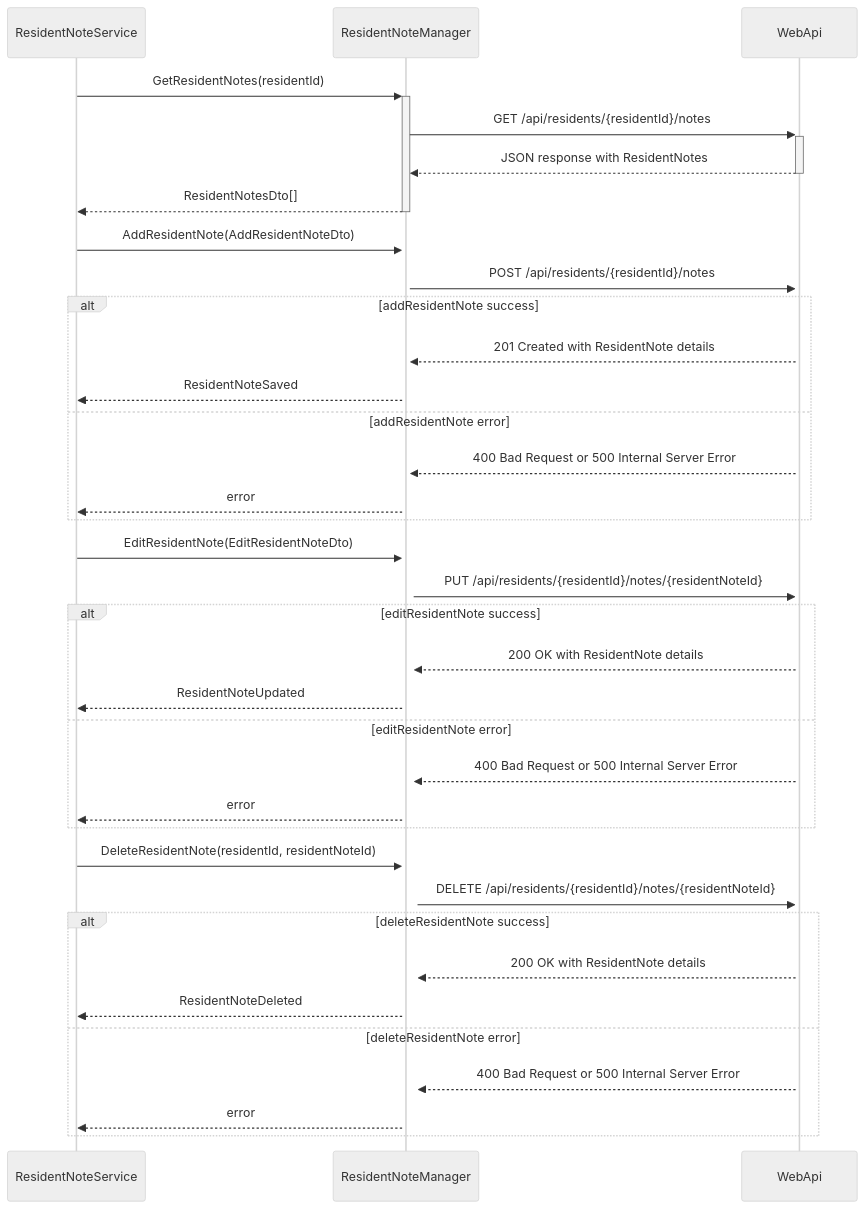
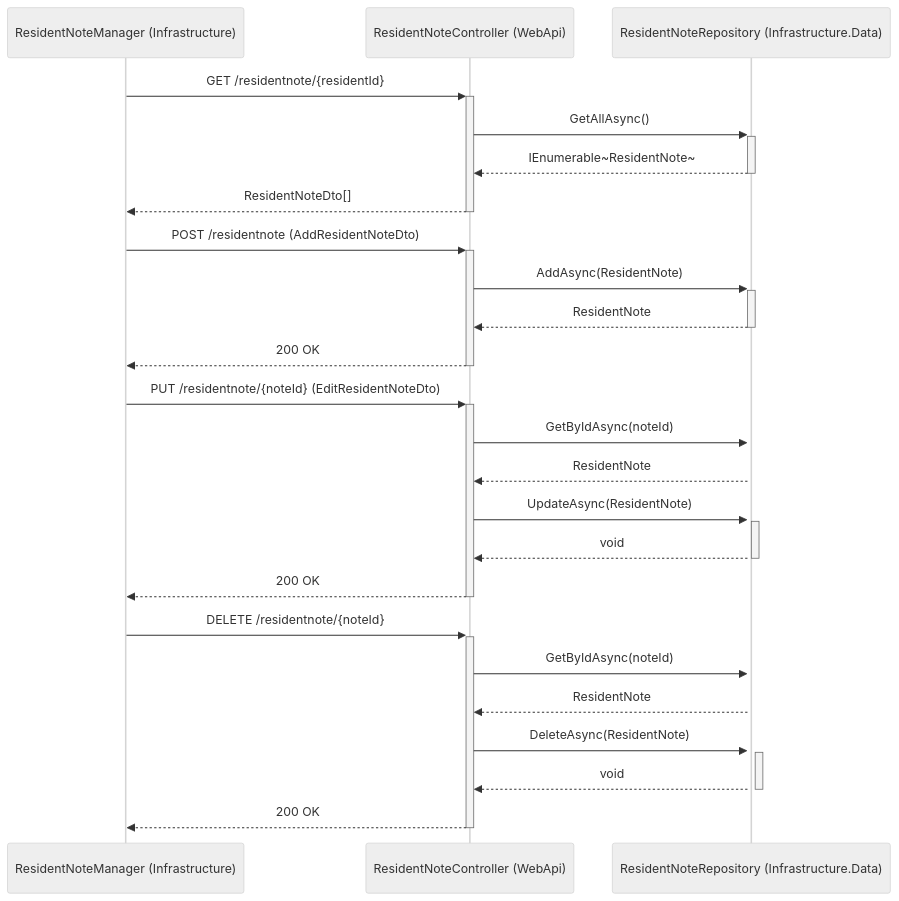
Before and after one commit to DMOoF25-Team6/Slottets-Drifttavlen: the third of 3 diagrams in docs/use-cases/uc-002-dashBoard-residentNote/uc-002.sd.0004.md, drawn with Mermaid (neutral theme). The commit also changed other lines of this file and 1 other file, not shown here.

First line of the commit message:
docs: UC002 - sync SD and DCD with implemented architecture

````diff
--- a/docs/use-cases/uc-002-dashBoard-residentNote/uc-002.sd.0004.md
+++ b/docs/use-cases/uc-002-dashBoard-residentNote/uc-002.sd.0004.md
@@ -96,41 +68,30 @@
 ```mermaid
 sequenceDiagram
-    participant ResidentNoteService as ResidentNoteService
-    participant ResidentNoteManager as ResidentNoteManager
-    participant WebApi as WebApi
+    participant ResidentNoteManager as ResidentNoteManager (Infrastructure)
+    participant WebApi as ResidentNoteController (WebApi)
+    participant Repository as ResidentNoteRepository (Infrastructure.Data)
 
-    ResidentNoteService->>+ResidentNoteManager: GetResidentNotes(residentId)
-    ResidentNoteManager->>+WebApi: GET /api/residents/{residentId}/notes
-    WebApi-->>-ResidentNoteManager: JSON response with ResidentNotes
-    ResidentNoteManager-->>-ResidentNoteService: ResidentNotesDto[]
+    ResidentNoteManager->>+WebApi: GET /residentnote/{residentId}
+    WebApi->>+Repository: GetAllAsync()
+    Repository-->>-WebApi: IEnumerable~ResidentNote~
+    WebApi-->>-ResidentNoteManager: ResidentNoteDto[]
 
-    ResidentNoteService->>+ResidentNoteManager: AddResidentNote(AddResidentNoteDto)
-    ResidentNoteManager->>+WebApi: POST /api/residents/{residentId}/notes
-    alt addResidentNote success
-        WebApi-->>ResidentNoteManager: 201 Created with ResidentNote details
-        ResidentNoteManager-->>ResidentNoteService: ResidentNoteSaved
-    else addResidentNote error
-        WebApi-->>ResidentNoteManager: 400 Bad Request or 500 Internal Server Error
-        ResidentNoteManager-->>ResidentNoteService: error
-    end
+    ResidentNoteManager->>+WebApi: POST /residentnote (AddResidentNoteDto)
+    WebApi->>+Repository: AddAsync(ResidentNote)
+    Repository-->>-WebApi: ResidentNote
+    WebApi-->>-ResidentNoteManager: 200 OK
 
-    ResidentNoteService->>+ResidentNoteManager: EditResidentNote(EditResidentNoteDto)
-    ResidentNoteManager->>+WebApi: PUT /api/residents/{residentId}/notes/{residentNoteId}
-    alt editResidentNote success
-        WebApi-->>ResidentNoteManager: 200 OK with ResidentNote details
-        ResidentNoteManager-->>ResidentNoteService: ResidentNoteUpdated
-    else editResidentNote error
-        WebApi-->>ResidentNoteManager: 400 Bad Request or 500 Internal Server Error
-        ResidentNoteManager-->>ResidentNoteService: error
-    end
+    ResidentNoteManager->>+WebApi: PUT /residentnote/{noteId} (EditResidentNoteDto)
+    WebApi->>+Repository: GetByIdAsync(noteId)
+    Repository-->>WebApi: ResidentNote
+    WebApi->>+Repository: UpdateAsync(ResidentNote)
+    Repository-->>-WebApi: void
+    WebApi-->>-ResidentNoteManager: 200 OK
 
-    ResidentNoteService->>+ResidentNoteManager: DeleteResidentNote(residentId, residentNoteId)
-    ResidentNoteManager->>+WebApi: DELETE /api/residents/{residentId}/notes/{residentNoteId}
-    alt deleteResidentNote success
-        WebApi-->>ResidentNoteManager: 200 OK with ResidentNote details
-        ResidentNoteManager-->>ResidentNoteService: ResidentNoteDeleted
-    else deleteResidentNote error
-        WebApi-->>ResidentNoteManager: 400 Bad Request or 500 Internal Server Error
-        ResidentNoteManager-->>ResidentNoteService: error
-    end
+    ResidentNoteManager->>+WebApi: DELETE /residentnote/{noteId}
+    WebApi->>+Repository: GetByIdAsync(noteId)
+    Repository-->>WebApi: ResidentNote
+    WebApi->>+Repository: DeleteAsync(ResidentNote)
+    Repository-->>-WebApi: void
+    WebApi-->>-ResidentNoteManager: 200 OK
 ```
````
